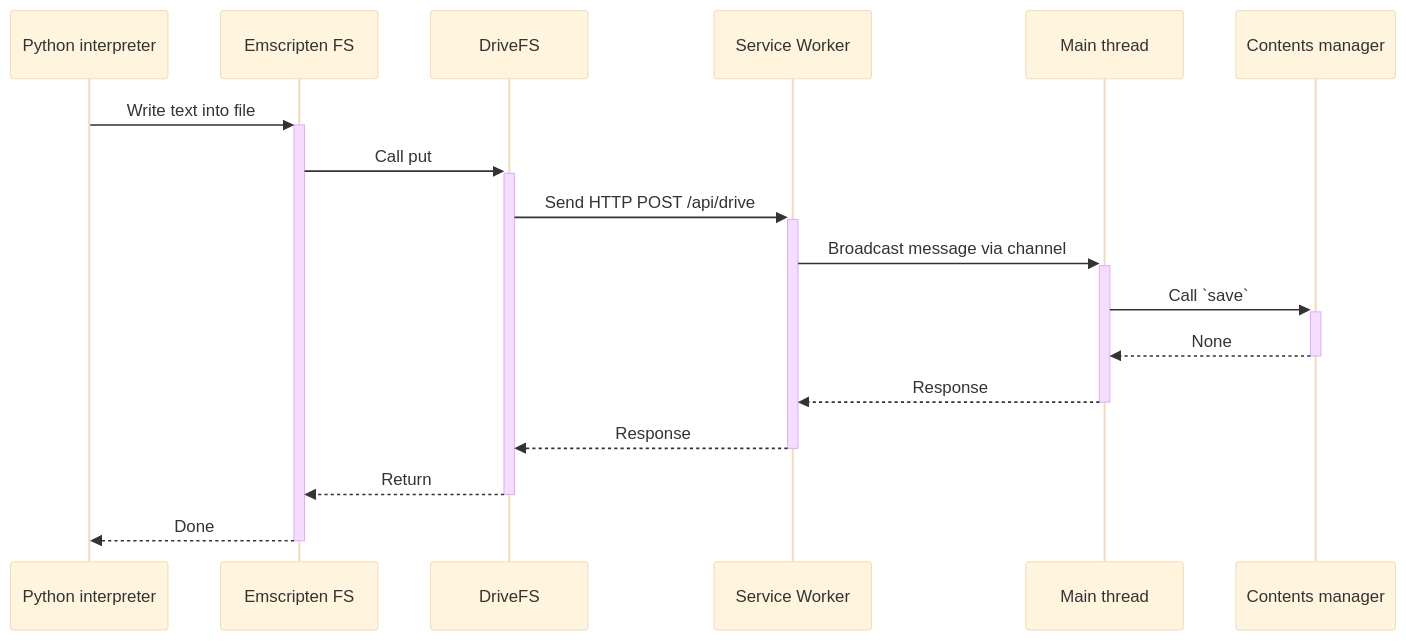
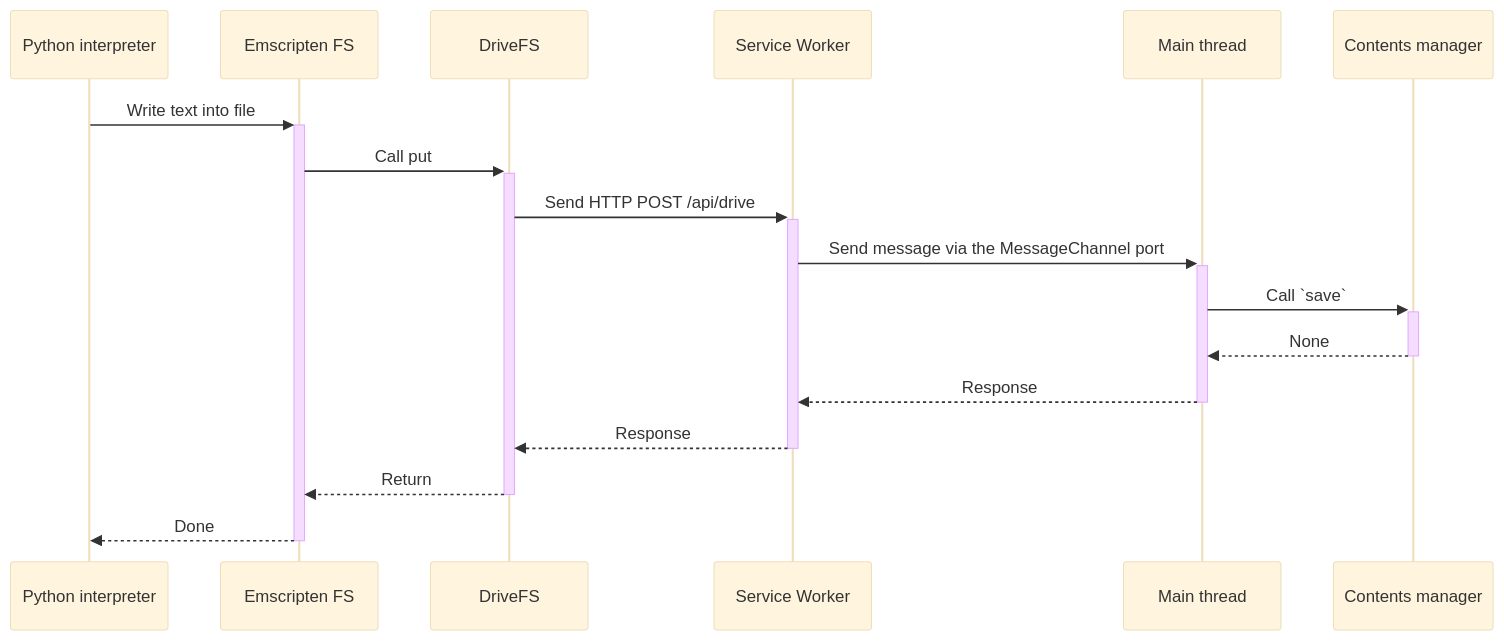
The second of 2 diagrams in docs/reference/contents.md (jupyterlite/jupyterlite), drawn with Mermaid (base theme) before and after one commit. The commit also changed other lines of this file, not shown here.

````diff
--- a/docs/reference/contents.md
+++ b/docs/reference/contents.md
@@ -82,20 +82,20 @@
 ```{mermaid}
 sequenceDiagram
   participant P as Python interpreter
   participant F as Emscripten FS
   participant D as DriveFS
   participant S as Service Worker
   participant M as Main thread
   participant C as Contents manager
 
   P->>+F: Write text into file
   F->>+D: Call put
   D->>+S: Send HTTP POST /api/drive
-  S->>+M: Broadcast message via channel
+  S->>+M: Send message via the MessageChannel port
   M->>+C: Call `save`
   C-->>-M: None
   M-->>-S: Response
   S-->>-D: Response
   D-->>-F: Return
   F-->>-P: Done
 ```
````
